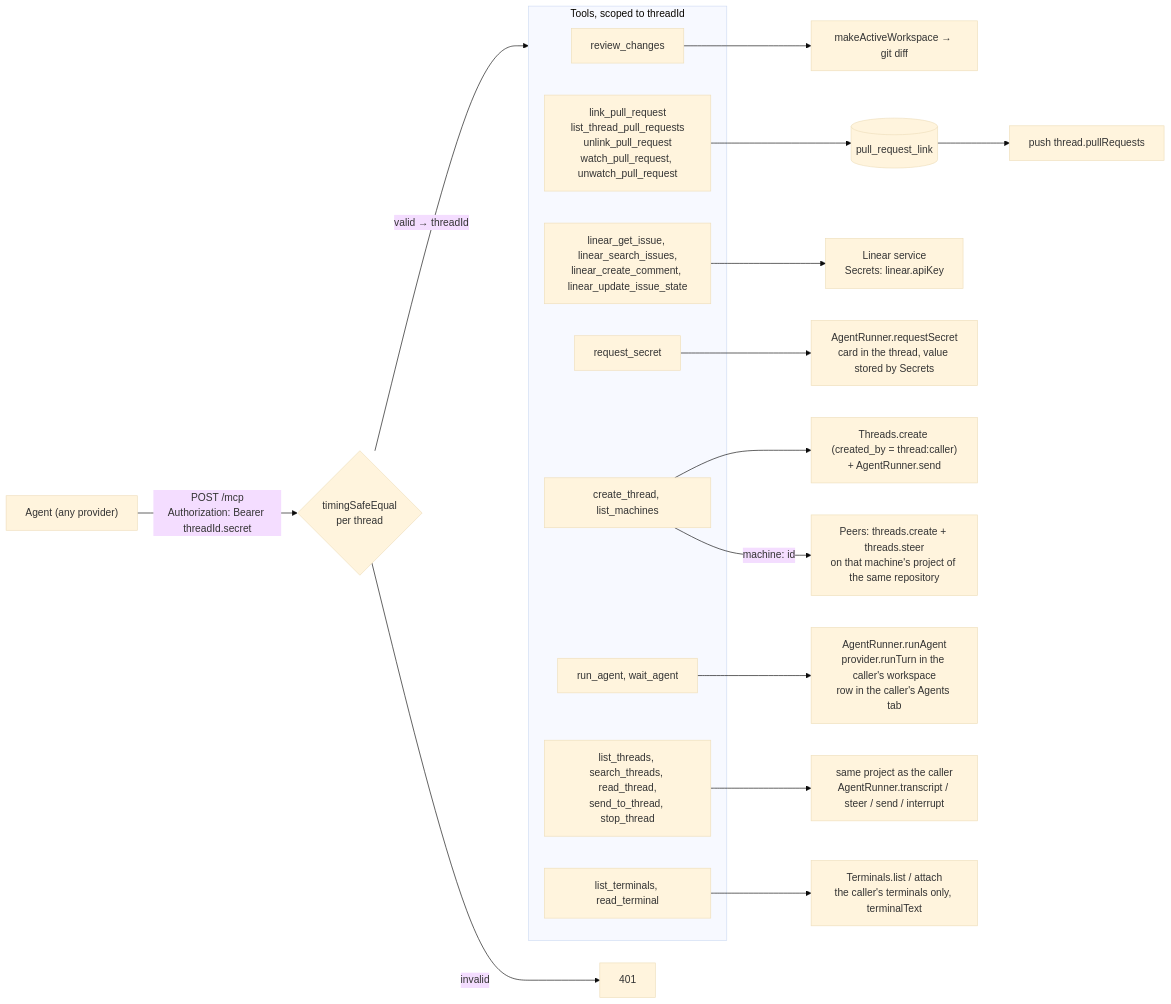
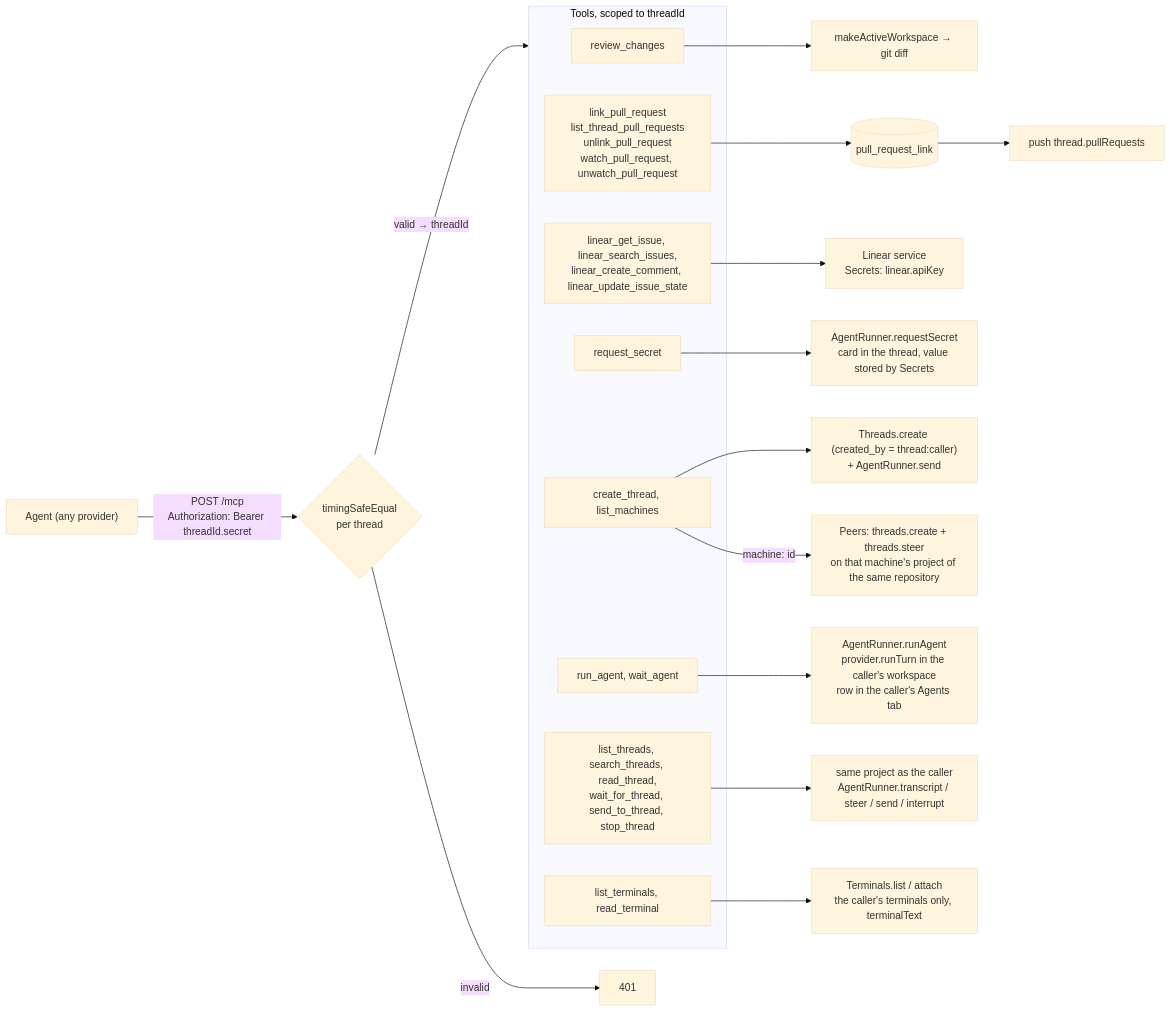
Diagram 16 of 19 in docs/arch.md (hinadev-ai/hinacode), drawn with Mermaid (base theme) before and after one commit. The commit also changed other lines of this file and 13 other files, not shown here.

First line of the commit message:
feat(mcp): let a thread wait for another thread

````diff
--- a/docs/arch.md
+++ b/docs/arch.md
@@ -650,25 +650,25 @@
 ```mermaid
 flowchart LR
   agent["Agent (any provider)"] -- "POST /mcp<br/>Authorization: Bearer threadId.secret" --> auth{"timingSafeEqual<br/>per thread"}
   auth -- "valid → threadId" --> tools
   auth -- invalid --> deny["401"]
   subgraph tools["Tools, scoped to threadId"]
     review["review_changes"]
     prs["link_pull_request<br/>list_thread_pull_requests<br/>unlink_pull_request<br/>watch_pull_request, unwatch_pull_request"]
     linear["linear_get_issue, linear_search_issues,<br/>linear_create_comment, linear_update_issue_state"]
     secret["request_secret"]
     create["create_thread, list_machines"]
     run["run_agent, wait_agent"]
-    control["list_threads, search_threads, read_thread,<br/>send_to_thread, stop_thread"]
+    control["list_threads, search_threads, read_thread,<br/>wait_for_thread, send_to_thread, stop_thread"]
     terms["list_terminals, read_terminal"]
   end
   review --> ws["makeActiveWorkspace → git diff"]
   prs --> db[("pull_request_link")] --> push["push thread.pullRequests"]
   linear --> apikey["Linear service<br/>Secrets: linear.apiKey"]
   secret --> runner["AgentRunner.requestSecret<br/>card in the thread, value stored by Secrets"]
   create --> threads["Threads.create (created_by = thread:caller)<br/>+ AgentRunner.send"]
   create -- "machine: id" --> peers["Peers: threads.create + threads.steer<br/>on that machine's project of the same repository"]
   run --> agentRun["AgentRunner.runAgent<br/>provider.runTurn in the caller's workspace<br/>row in the caller's Agents tab"]
   control --> scope["same project as the caller<br/>AgentRunner.transcript / steer / send / interrupt"]
   terms --> scrollback["Terminals.list / attach<br/>the caller's terminals only, terminalText"]
 ```
````
